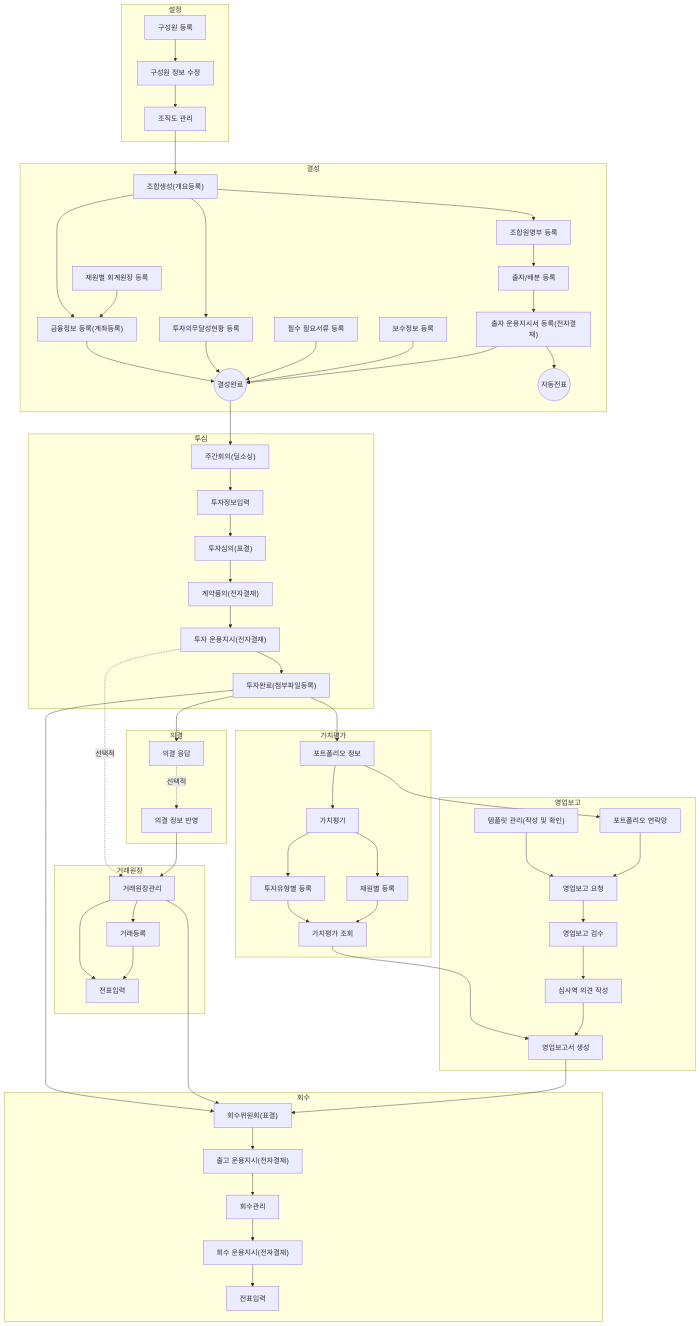
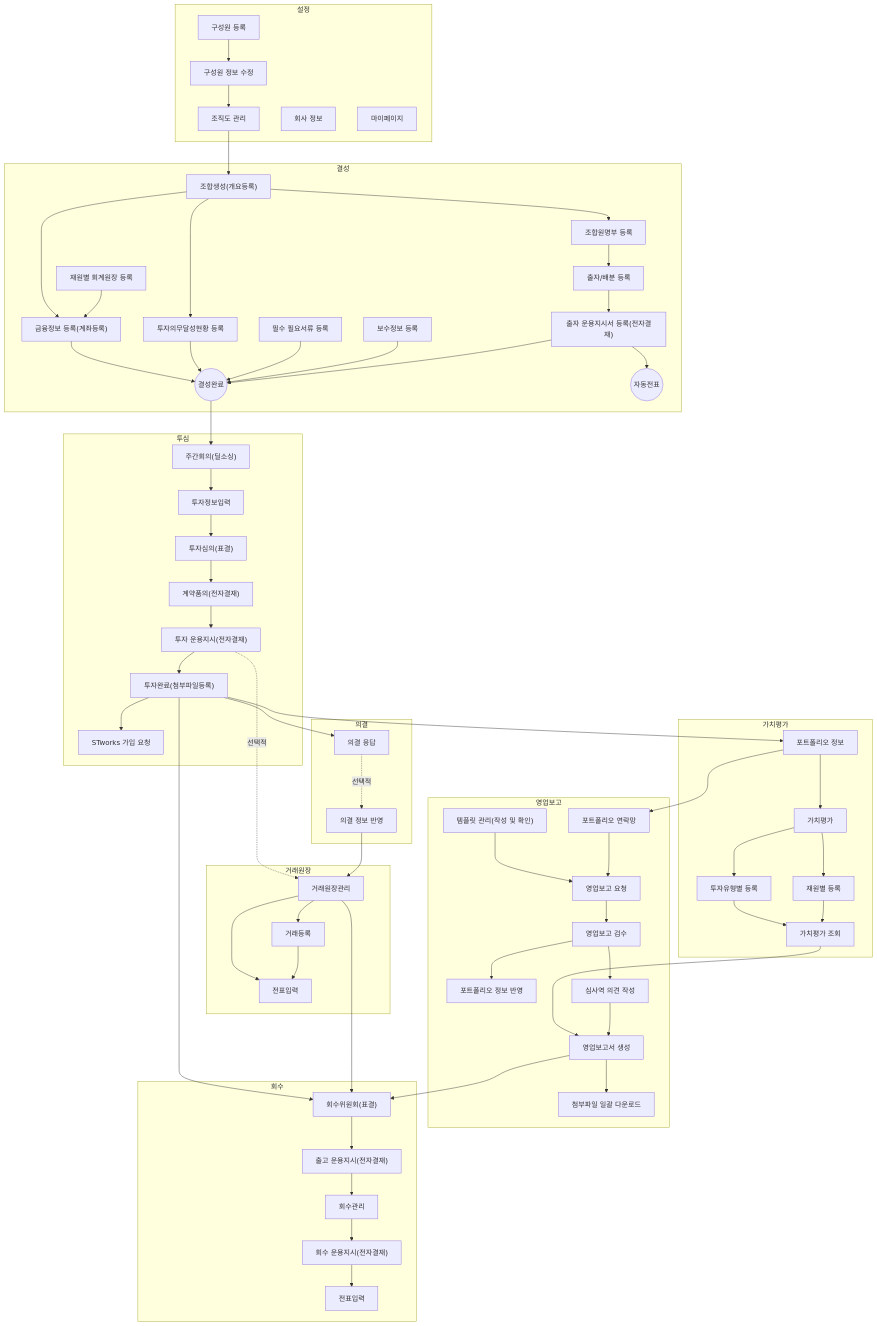
Before and after one commit to ddock-ddock/ddock-ddock.github.io: the diagram in _tabs/core.md, drawn with Mermaid. The commit also changed 2 other files, not shown here.

Commit message:
mermaid 업무 흐름도에 신규 매뉴얼 노드·진입점 추가
- core.md 전체 흐름도:
  - 설정(s1)에 se0051·my0001 추가
  - 투심(s3)에 stworks_invite 추가 + vs0009 → stworks_invite edge
  - 영업보고(s5)에 br0007a·br0011a 추가 + br0007 → br0007a, br0011 → br0011a edges

- manager-start.md 관리역 흐름도:
  - 설정(s1)에 se0051·my0001 추가
  - 영업보고 관리(s4)에 br0007a·br0011a 추가 + edges

- associate-start.md 심사역 흐름도 및 사이드바:
  - 투자심의(s1)에 stworks_invite 추가 + edge
  - 영업보고(s3)에 br0007a·br0011a 추가 + edges
  - 사이드바 투자심의/영업보고 섹션에 3건 링크 추가

각 mermaid 노드에 click 핸들러로 새 매뉴얼 링크 연결. stworks_invite는 심사역 업무(투자심의 등기)이므로 관리역 흐름도에서는 제외.

```diff
--- a/_tabs/core.md
+++ b/_tabs/core.md
@@ -79,6 +79,8 @@
         hr0001["구성원 등록"]
         hr0002["구성원 정보 수정"]
         hr0007["조직도 관리"]
+        se0051["회사 정보"]
+        my0001["마이페이지"]
   end
  subgraph s2["결성"]
         fd0001["조합생성(개요등록)"]
@@ -100,6 +102,7 @@
         ed0001a["계약품의(전자결재)"]
         oi0003["투자 운용지시(전자결재)"]
         vs0009["투자완료(첨부파일등록)"]
+        stworks_invite["STworks 가입 요청"]
   end
  subgraph s4["가치평가"]
         pm0100["포트폴리오 정보"]
@@ -113,8 +116,10 @@
         br0012["포트폴리오 연락망"]
         br0004["영업보고 요청"]
         br0007["영업보고 검수"]
+        br0007a["포트폴리오 정보 반영"]
         br0009["심사역 의견 작성"]
         br0011["영업보고서 생성"]
+        br0011a["첨부파일 일괄 다운로드"]
   end
  subgraph s6["거래원장"]
         pm0001["거래원장관리"]
@@ -150,6 +155,7 @@
     vs0006 --> ed0001a
     ed0001a --> oi0003
     oi0003 --> vs0009
+    vs0009 --> stworks_invite
     vs0009 --> pm0100 & ex0001 & sa0002
     pm0100 --> pm0300 & br0012
     pm0300 --> pm0301 & pm0302
@@ -160,7 +166,9 @@
     br0012 --> br0004
     br0004 --> br0007
     br0007 --> br0009
+    br0007 --> br0007a
     br0009 --> br0011
+    br0011 --> br0011a
     oi0003 -. 선택적 .-> pm0001
     pm0001 --> fm0002 & pm0004 & ex0001
     pm0004 --> fm0002
@@ -175,6 +183,8 @@
     click hr0001 "{% post_url 2024-07-02-hr0001 %}"
     click hr0002 "{% post_url 2024-07-02-hr0002 %}"
     click hr0007 "{% post_url 2024-07-02-hr0007 %}"
+    click se0051 "{% post_url 2026-04-21-se0051 %}"
+    click my0001 "{% post_url 2026-04-21-my0001 %}"
     click fd0001 "{% post_url 2024-07-04-fd0001 %}"
     click fd0010 "{% post_url 2024-07-04-fd0010 %}"
     click fd0011 "{% post_url 2024-07-04-fd0011 %}"
@@ -198,8 +208,11 @@
     click br0012 "{% post_url 2024-08-22-br0012 %}"
     click br0004 "{% post_url 2024-08-24-br0004 %}"
     click br0007 "{% post_url 2024-08-25-br0007 %}"
+    click br0007a "{% post_url 2026-04-21-br0007a %}"
     click br0009 "{% post_url 2024-08-26-br0009 %}"
     click br0011 "{% post_url 2024-08-27-br0011 %}"
+    click br0011a "{% post_url 2026-04-21-br0011a %}"
+    click stworks_invite "{% post_url 2026-04-21-stworks-invite %}"
     click pm0001 "{% post_url 2024-07-15-pm0001 %}"
     click pm0004 "{% post_url 2024-07-16-pm0004 %}"
     click fm0002 "{% post_url 2024-07-17-fm0002 %}"
```
